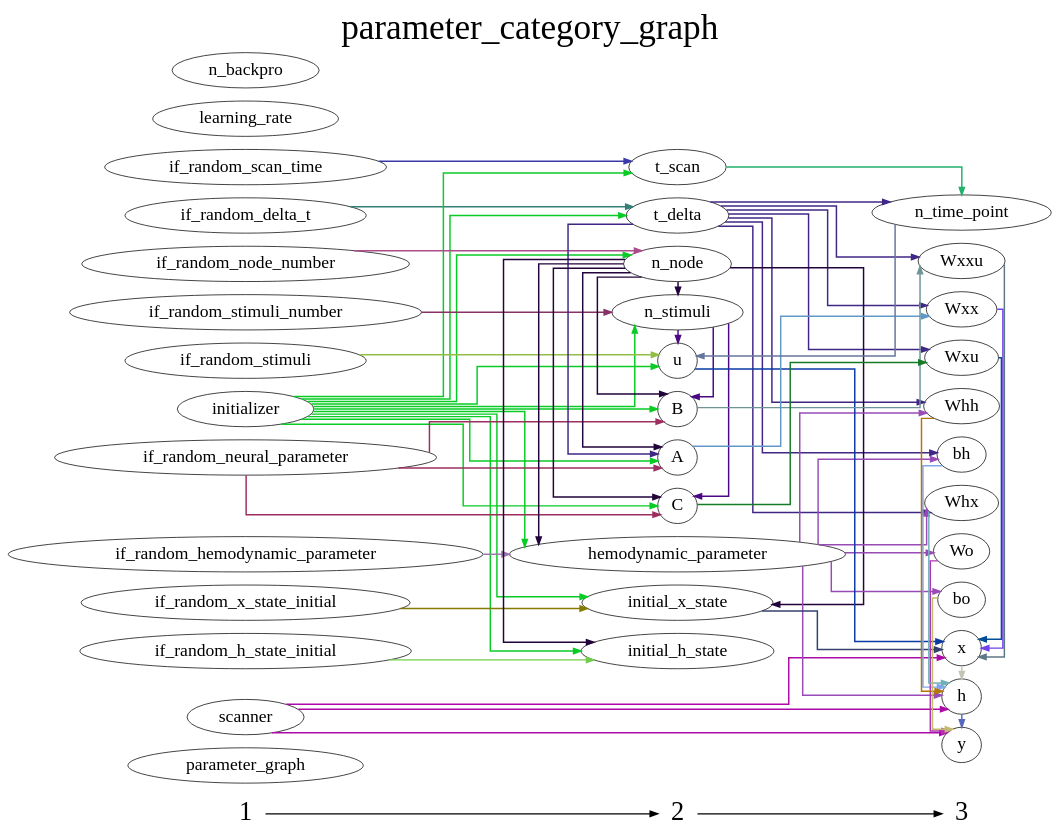
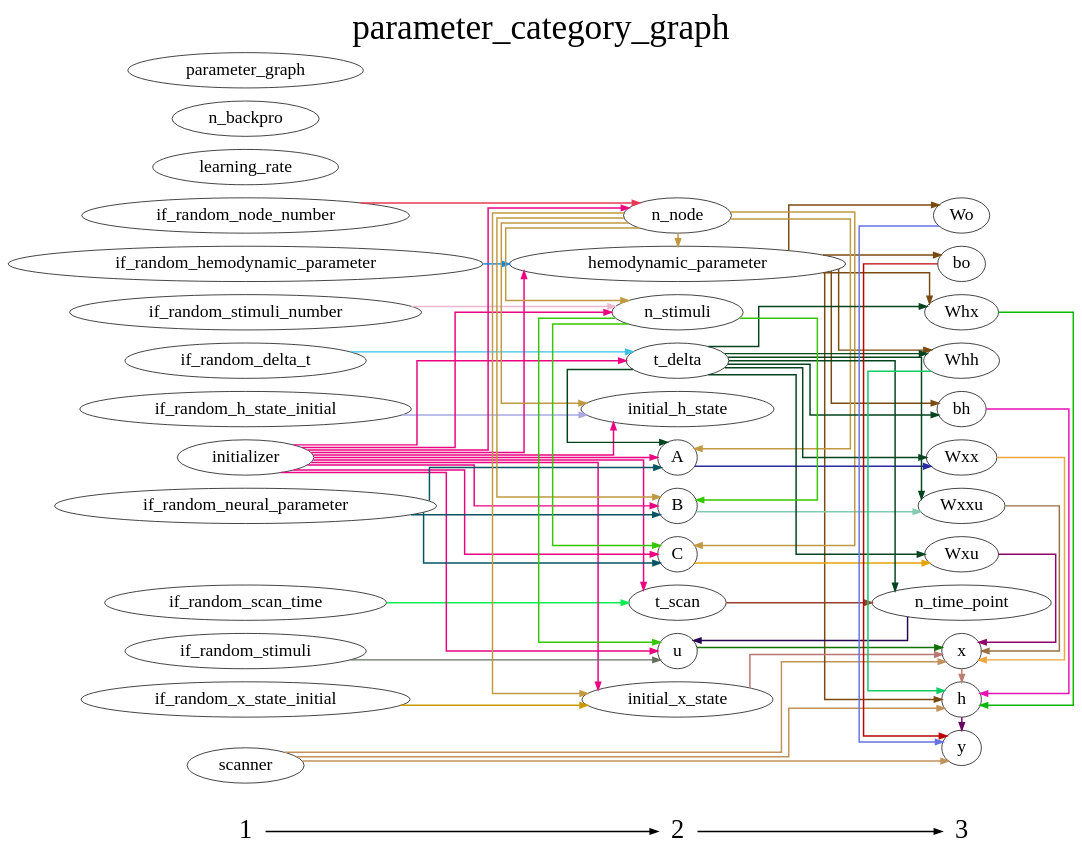
The diagram in DCM_RNN/documents/parameter_category_graph.gv (YuanWangOnward/DCM_RNN), drawn with Graphviz before and after one commit. The commit also changed 6 other files, not shown here.

```diff
--- a/DCM_RNN/documents/parameter_category_graph.gv
+++ b/DCM_RNN/documents/parameter_category_graph.gv
@@ -1,132 +1,132 @@
 digraph G {
           splines=ortho;
           fontsize = 48;
           rankdir = "LR";
           node[fontsize=24];
           edge[penwidth=2];
           {
           node [shape=plaintext fontsize=36];
           1 -> 
           2 -> 
           3
           }
           {rank = same;
           1;
+          if_random_node_number;
+          learning_rate;
+          scanner;
+          if_random_h_state_initial;
+          if_random_delta_t;
+          n_backpro;
+          if_random_stimuli_number;
           parameter_graph;
-          if_random_delta_t;
+          if_random_scan_time;
           initializer;
-          learning_rate;
-          if_random_scan_time;
           if_random_neural_parameter;
           if_random_x_state_initial;
-          scanner;
-          n_backpro;
-          if_random_node_number;
           if_random_stimuli;
-          if_random_h_state_initial;
           if_random_hemodynamic_parameter;
-          if_random_stimuli_number;
           }
           {rank = same;
           2;
+          hemodynamic_parameter;
+          B;
+          initial_h_state;
+          C;
+          initial_x_state;
+          n_node;
+          t_scan;
+          A;
+          u;
           t_delta;
-          n_node;
           n_stimuli;
-          hemodynamic_parameter;
-          u;
-          initial_h_state;
-          B;
-          C;
-          A;
-          initial_x_state;
-          t_scan;
           }
           {rank = same;
           3;
+          Wxx;
+          y;
           n_time_point;
+          Whh;
+          bh;
+          Wo;
+          Wxxu;
+          Whx;
           Wxu;
-          bh;
-          Wxxu;
-          Wo;
-          Wxx;
           x;
           h;
-          Whx;
-          Whh;
-          y;
           bo;
           }
-          t_delta -> Wxu [color="#402786"];
-          t_delta -> Whx [color="#402786"];
-          t_delta -> Wxx [color="#402786"];
-          t_delta -> A [color="#402786"];
-          t_delta -> n_time_point [color="#402786"];
-          t_delta -> bh [color="#402786"];
-          t_delta -> Whh [color="#402786"];
-          t_delta -> Wxxu [color="#402786"];
-          n_time_point -> u [color="#66759B"];
-          initial_x_state -> x [color="#34416E"];
-          Wxu -> x [color="#014E97"];
-          n_stimuli -> u [color="#4A0882"];
-          n_stimuli -> C [color="#4A0882"];
-          n_stimuli -> B [color="#4A0882"];
-          n_node -> n_stimuli [color="#22033A"];
-          n_node -> hemodynamic_parameter [color="#22033A"];
-          n_node -> initial_h_state [color="#22033A"];
-          n_node -> C [color="#22033A"];
-          n_node -> A [color="#22033A"];
-          n_node -> B [color="#22033A"];
-          n_node -> initial_x_state [color="#22033A"];
-          bh -> h [color="#7EA8EE"];
-          if_random_delta_t -> t_delta [color="#357E76"];
-          initializer -> t_delta [color="#09CB25"];
-          initializer -> n_node [color="#09CB25"];
-          initializer -> n_stimuli [color="#09CB25"];
-          initializer -> hemodynamic_parameter [color="#09CB25"];
-          initializer -> u [color="#09CB25"];
-          initializer -> initial_h_state [color="#09CB25"];
-          initializer -> C [color="#09CB25"];
-          initializer -> A [color="#09CB25"];
-          initializer -> B [color="#09CB25"];
-          initializer -> t_scan [color="#09CB25"];
-          initializer -> initial_x_state [color="#09CB25"];
+          if_random_node_number -> n_node [color="#E73955"];
           learning_rate ;
-          if_random_stimuli -> u [color="#92BE46"];
-          Wxxu -> x [color="#5E7787"];
-          Wo -> y [color="#B332B3"];
-          if_random_scan_time -> t_scan [color="#3B39A9"];
-          if_random_neural_parameter -> C [color="#9C2E60"];
-          if_random_neural_parameter -> A [color="#9C2E60"];
-          if_random_neural_parameter -> B [color="#9C2E60"];
-          Whh -> h [color="#B57505"];
-          if_random_x_state_initial -> initial_x_state [color="#857A04"];
-          scanner -> x [color="#AC0BA8"];
-          scanner -> h [color="#AC0BA8"];
-          scanner -> y [color="#AC0BA8"];
-          hemodynamic_parameter -> Wo [color="#984BB7"];
-          hemodynamic_parameter -> Whx [color="#984BB7"];
-          hemodynamic_parameter -> bh [color="#984BB7"];
-          hemodynamic_parameter -> Whh [color="#984BB7"];
-          hemodynamic_parameter -> h [color="#984BB7"];
-          hemodynamic_parameter -> bo [color="#984BB7"];
+          x -> h [color="#BB7E72"];
+          scanner -> x [color="#C1925B"];
+          scanner -> y [color="#C1925B"];
+          scanner -> h [color="#C1925B"];
+          B -> Wxxu [color="#83CBAE"];
+          if_random_h_state_initial -> initial_h_state [color="#A8A9E4"];
+          y ;
+          initial_h_state ;
+          Wxx -> x [color="#ECA73C"];
+          hemodynamic_parameter -> Whh [color="#7B4A10"];
+          hemodynamic_parameter -> Whx [color="#7B4A10"];
+          hemodynamic_parameter -> h [color="#7B4A10"];
+          hemodynamic_parameter -> bo [color="#7B4A10"];
+          hemodynamic_parameter -> bh [color="#7B4A10"];
+          hemodynamic_parameter -> Wo [color="#7B4A10"];
+          Whh -> h [color="#0ECC66"];
+          n_time_point -> u [color="#280551"];
+          bo -> y [color="#BB0302"];
+          bh -> h [color="#E811B4"];
+          n_backpro ;
+          Wo -> y [color="#6773E6"];
+          if_random_stimuli_number -> n_stimuli [color="#EAB8CE"];
+          initial_x_state -> x [color="#B77673"];
+          n_node -> A [color="#C19942"];
+          n_node -> hemodynamic_parameter [color="#C19942"];
+          n_node -> B [color="#C19942"];
+          n_node -> initial_h_state [color="#C19942"];
+          n_node -> initial_x_state [color="#C19942"];
+          n_node -> C [color="#C19942"];
+          n_node -> n_stimuli [color="#C19942"];
+          t_scan -> n_time_point [color="#954032"];
+          if_random_delta_t -> t_delta [color="#3EC1E3"];
+          Wxxu -> x [color="#9A7142"];
+          if_random_scan_time -> t_scan [color="#0CEE51"];
+          A -> Wxx [color="#282BA3"];
+          u -> x [color="#127100"];
+          initializer -> A [color="#EC0382"];
+          initializer -> hemodynamic_parameter [color="#EC0382"];
+          initializer -> B [color="#EC0382"];
+          initializer -> initial_h_state [color="#EC0382"];
+          initializer -> initial_x_state [color="#EC0382"];
+          initializer -> n_node [color="#EC0382"];
+          initializer -> t_scan [color="#EC0382"];
+          initializer -> u [color="#EC0382"];
+          initializer -> C [color="#EC0382"];
+          initializer -> t_delta [color="#EC0382"];
+          initializer -> n_stimuli [color="#EC0382"];
+          if_random_neural_parameter -> A [color="#065464"];
+          if_random_neural_parameter -> B [color="#065464"];
+          if_random_neural_parameter -> C [color="#065464"];
+          Whx -> h [color="#0CB805"];
+          Wxu -> x [color="#91036B"];
           parameter_graph ;
-          u -> x [color="#0A3BA4"];
-          Wxx -> x [color="#7242E7"];
-          initial_h_state ;
-          if_random_h_state_initial -> initial_h_state [color="#72CC4B"];
-          n_backpro ;
-          bo -> y [color="#C3BB6C"];
-          x -> h [color="#C1C6B6"];
-          C -> Wxu [color="#167B27"];
-          h -> y [color="#5768BB"];
-          A -> Wxx [color="#6298C8"];
-          B -> Wxxu [color="#6E9496"];
-          if_random_hemodynamic_parameter -> hemodynamic_parameter [color="#9978A9"];
-          Whx -> h [color="#70B0B9"];
-          if_random_stimuli_number -> n_stimuli [color="#873165"];
-          y ;
-          if_random_node_number -> n_node [color="#AC4C8B"];
-          t_scan -> n_time_point [color="#21B16B"];
+          if_random_x_state_initial -> initial_x_state [color="#C99A06"];
+          if_random_stimuli -> u [color="#657060"];
+          if_random_hemodynamic_parameter -> hemodynamic_parameter [color="#0E88E9"];
+          h -> y [color="#680662"];
+          C -> Wxu [color="#E4A504"];
+          t_delta -> n_time_point [color="#03441E"];
+          t_delta -> Whh [color="#03441E"];
+          t_delta -> A [color="#03441E"];
+          t_delta -> Whx [color="#03441E"];
+          t_delta -> Wxx [color="#03441E"];
+          t_delta -> Wxxu [color="#03441E"];
+          t_delta -> bh [color="#03441E"];
+          t_delta -> Wxu [color="#03441E"];
+          n_stimuli -> B [color="#34C700"];
+          n_stimuli -> u [color="#34C700"];
+          n_stimuli -> C [color="#34C700"];
           labelloc = "t";
           label = "parameter_category_graph";
 }
```
